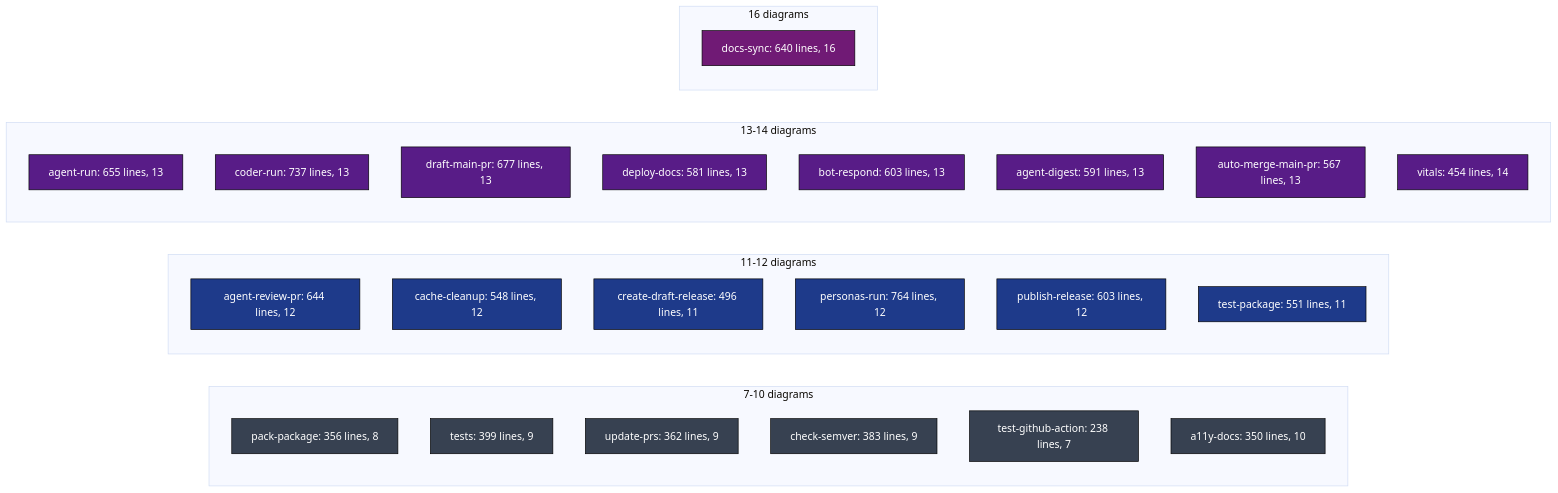
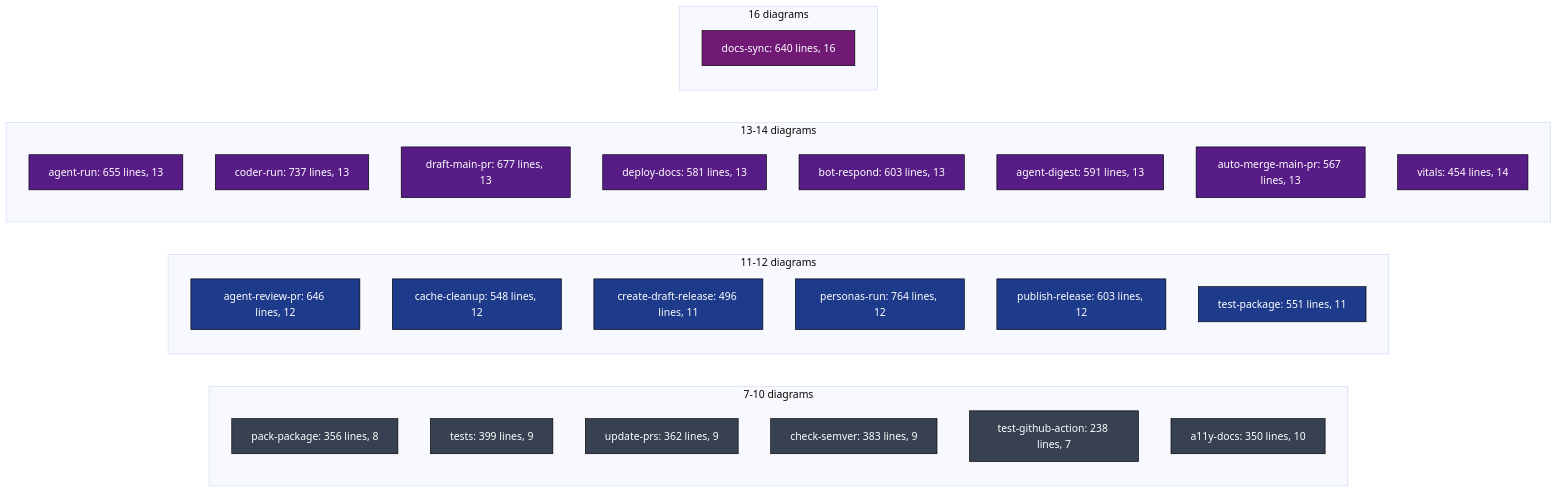
The second of 2 diagrams in .github/docs/WORKFLOWS_INDEX.md (llm-exe/llm-exe), drawn with Mermaid (base theme) before and after one commit. The commit also changed other lines of this file and 4 other files, not shown here.

````diff
--- a/.github/docs/WORKFLOWS_INDEX.md
+++ b/.github/docs/WORKFLOWS_INDEX.md
@@ -114,40 +114,40 @@
 ```mermaid
 flowchart LR
     classDef sm fill:#374151,color:#fff,stroke:#000
     classDef md fill:#1e3a8a,color:#fff,stroke:#000
     classDef lg fill:#581c87,color:#fff,stroke:#000
     classDef xl fill:#701a75,color:#fff,stroke:#000
 
     subgraph Small["7-10 diagrams"]
         S1["pack-package: 356 lines, 8"]:::sm
         S2["tests: 399 lines, 9"]:::sm
         S3["update-prs: 362 lines, 9"]:::sm
         S4["check-semver: 383 lines, 9"]:::sm
         S5["test-github-action: 238 lines, 7"]:::sm
         S6["a11y-docs: 350 lines, 10"]:::sm
     end
 
     subgraph Medium["11-12 diagrams"]
-        M1["agent-review-pr: 644 lines, 12"]:::md
+        M1["agent-review-pr: 646 lines, 12"]:::md
         M2["cache-cleanup: 548 lines, 12"]:::md
         M3["create-draft-release: 496 lines, 11"]:::md
         M4["personas-run: 764 lines, 12"]:::md
         M5["publish-release: 603 lines, 12"]:::md
         M6["test-package: 551 lines, 11"]:::md
     end
 
     subgraph Large["13-14 diagrams"]
         L1["agent-run: 655 lines, 13"]:::lg
         L2["coder-run: 737 lines, 13"]:::lg
         L3["draft-main-pr: 677 lines, 13"]:::lg
         L4["deploy-docs: 581 lines, 13"]:::lg
         L5["bot-respond: 603 lines, 13"]:::lg
         L6["agent-digest: 591 lines, 13"]:::lg
         L7["auto-merge-main-pr: 567 lines, 13"]:::lg
         L8["vitals: 454 lines, 14"]:::lg
     end
 
     subgraph XL["16 diagrams"]
         X1["docs-sync: 640 lines, 16"]:::xl
     end
 ```
````
